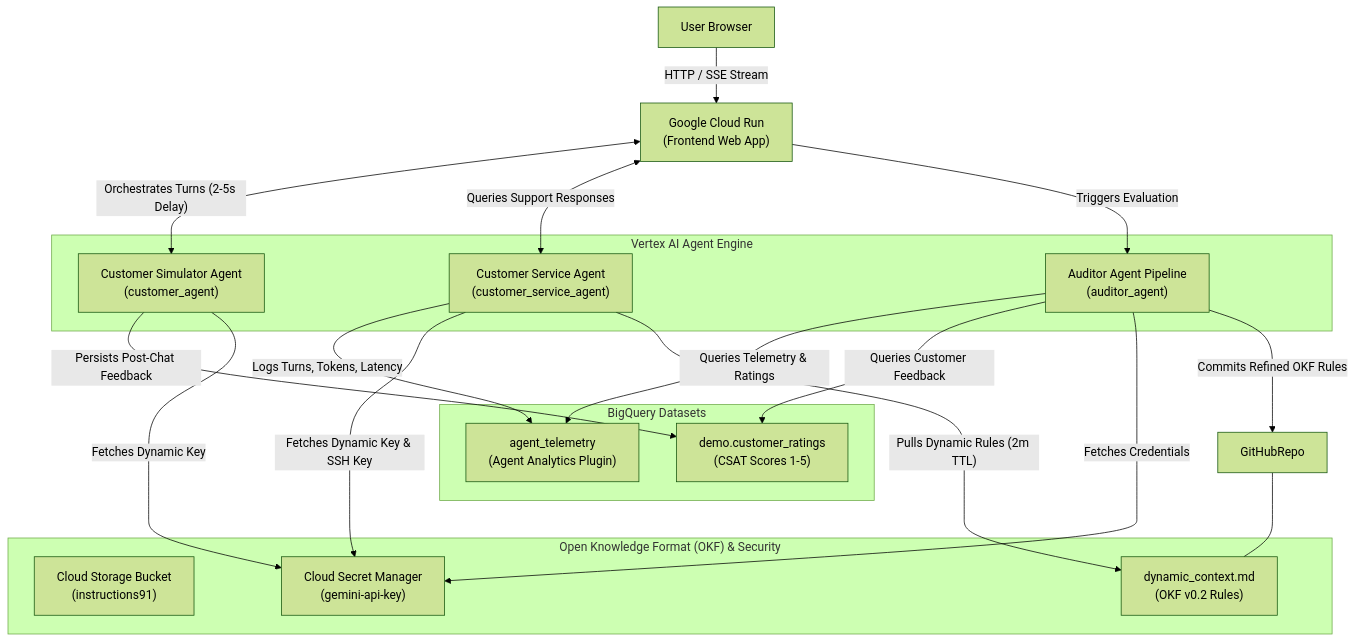
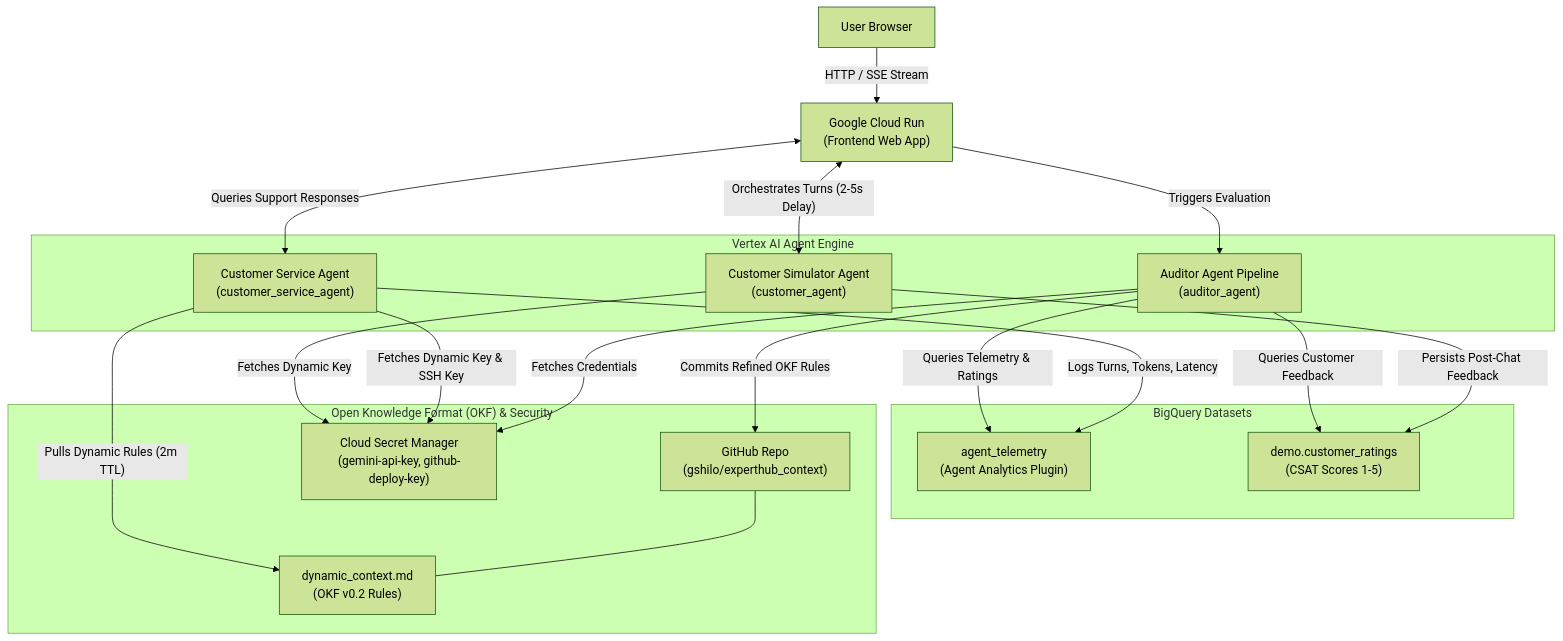
Before and after one commit to gshilo/experthub: the diagram in README.md, drawn with Mermaid (forest theme). The commit also changed other lines of this file and 12 other files, not shown here.

Commit message:
chore(infra,frontend): migrate OKF context sync from GCS to GitHub deploy key

````diff
--- a/README.md
+++ b/README.md
@@ -12,38 +12,38 @@
 ```mermaid
 flowchart TD
     User["User Browser"] -->|"HTTP / SSE Stream"| CloudRun["Google Cloud Run<br/>(Frontend Web App)"]
     
     subgraph VertexAI["Vertex AI Agent Engine"]
         CustAgent["Customer Simulator Agent<br/>(customer_agent)"]
         CSAgent["Customer Service Agent<br/>(customer_service_agent)"]
         AudAgent["Auditor Agent Pipeline<br/>(auditor_agent)"]
     end
 
     subgraph Observability["BigQuery Datasets"]
         BQTele["agent_telemetry<br/>(Agent Analytics Plugin)"]
         BQRatings["demo.customer_ratings<br/>(CSAT Scores 1-5)"]
     end
 
     subgraph Knowledge["Open Knowledge Format (OKF) & Security"]
-        GCSBucket["Cloud Storage Bucket<br/>(instructions91)"]
+        GitHubRepo["GitHub Repo<br/>(gshilo/experthub_context)"]
         OKFFile["dynamic_context.md<br/>(OKF v0.2 Rules)"]
-        SecretMgr["Cloud Secret Manager<br/>(gemini-api-key)"]
+        SecretMgr["Cloud Secret Manager<br/>(gemini-api-key, github-deploy-key)"]
     end
 
     CloudRun <-->|"Orchestrates Turns (2-5s Delay)"| CustAgent
     CloudRun <-->|"Queries Support Responses"| CSAgent
     CloudRun -->|"Triggers Evaluation"| AudAgent
 
     CSAgent -->|"Logs Turns, Tokens, Latency"| BQTele
     CustAgent -->|"Persists Post-Chat Feedback"| BQRatings
 
     AudAgent -->|"Queries Telemetry & Ratings"| BQTele
     AudAgent -->|"Queries Customer Feedback"| BQRatings
     AudAgent -->|"Fetches Credentials"| SecretMgr
     AudAgent -->|"Commits Refined OKF Rules"| GitHubRepo
     GitHubRepo --- OKFFile
 
     CSAgent -->|"Fetches Dynamic Key & SSH Key"| SecretMgr
     CustAgent -->|"Fetches Dynamic Key"| SecretMgr
     CSAgent -->|"Pulls Dynamic Rules (2m TTL)"| OKFFile
 ```
````
